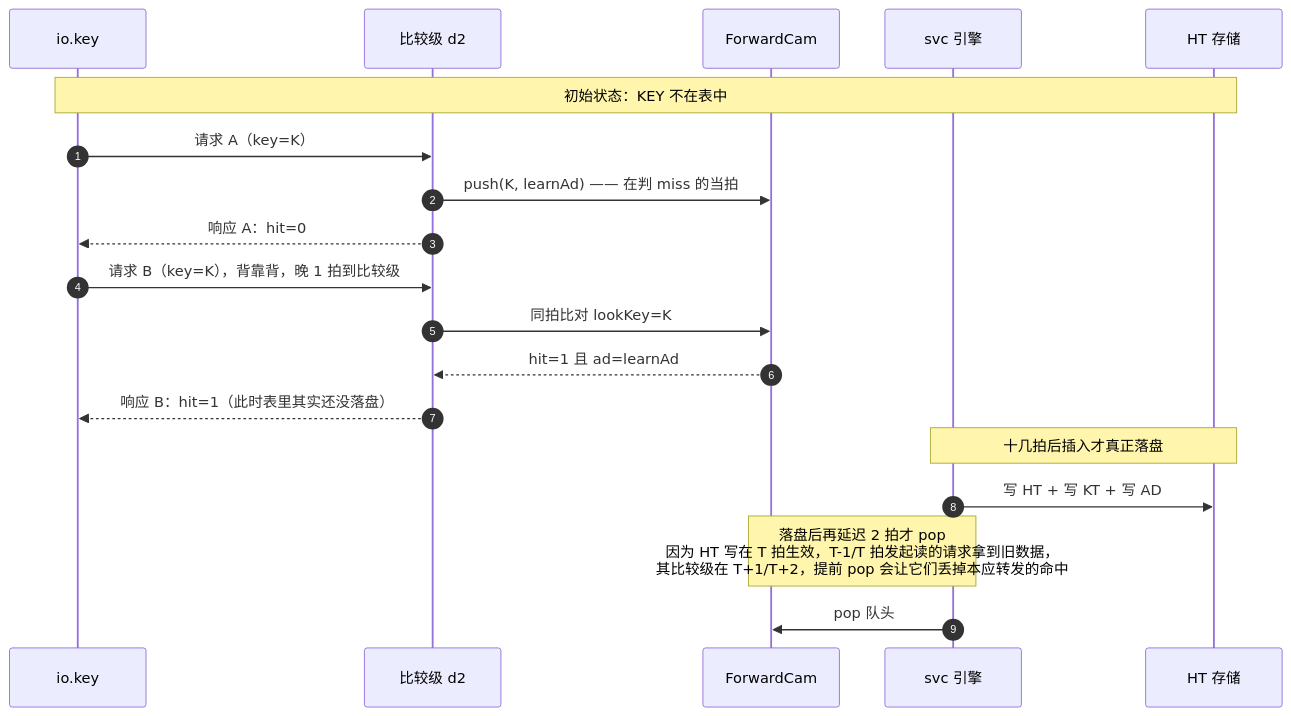
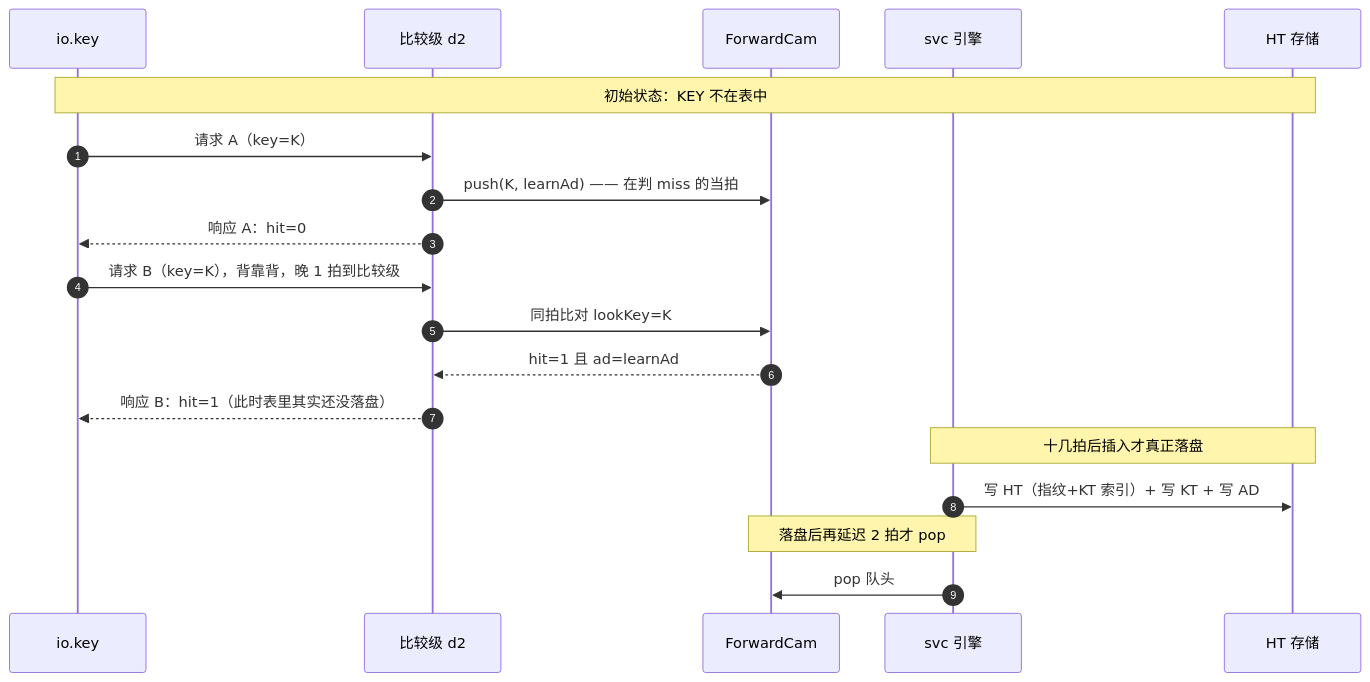
One commit to RuyeeAI/HardwareDesign changed the eighth of 8 diagrams in docs/BaseCbb_设计文档/14_em.md. Above: the diagram before and after it, drawn with Mermaid. The commit also changed other lines of this file and 4 other files, not shown here.

````diff
--- a/docs/BaseCbb_设计文档/14_em.md
+++ b/docs/BaseCbb_设计文档/14_em.md
@@ -384,22 +397,22 @@
 ```mermaid
 sequenceDiagram
     autonumber
     participant K as io.key
     participant P as 比较级 d2
     participant C as ForwardCam
     participant SV as svc 引擎
     participant HT as HT 存储
 
     Note over K,HT: 初始状态：KEY 不在表中
     K->>P: 请求 A（key=K）
     P->>C: push(K, learnAd) —— 在判 miss 的当拍
     P-->>K: 响应 A：hit=0
     K->>P: 请求 B（key=K），背靠背，晚 1 拍到比较级
     P->>C: 同拍比对 lookKey=K
     C-->>P: hit=1 且 ad=learnAd
     P-->>K: 响应 B：hit=1（此时表里其实还没落盘）
     Note over SV,HT: 十几拍后插入才真正落盘
-    SV->>HT: 写 HT + 写 KT + 写 AD
-    Note over SV,C: 落盘后再延迟 2 拍才 pop<br/>因为 HT 写在 T 拍生效，T-1/T 拍发起读的请求拿到旧数据，<br/>其比较级在 T+1/T+2，提前 pop 会让它们丢掉本应转发的命中
+    SV->>HT: 写 HT（指纹+KT 索引）+ 写 KT + 写 AD
+    Note over SV,C: 落盘后再延迟 2 拍才 pop
     SV->>C: pop 队头
 ```
````
